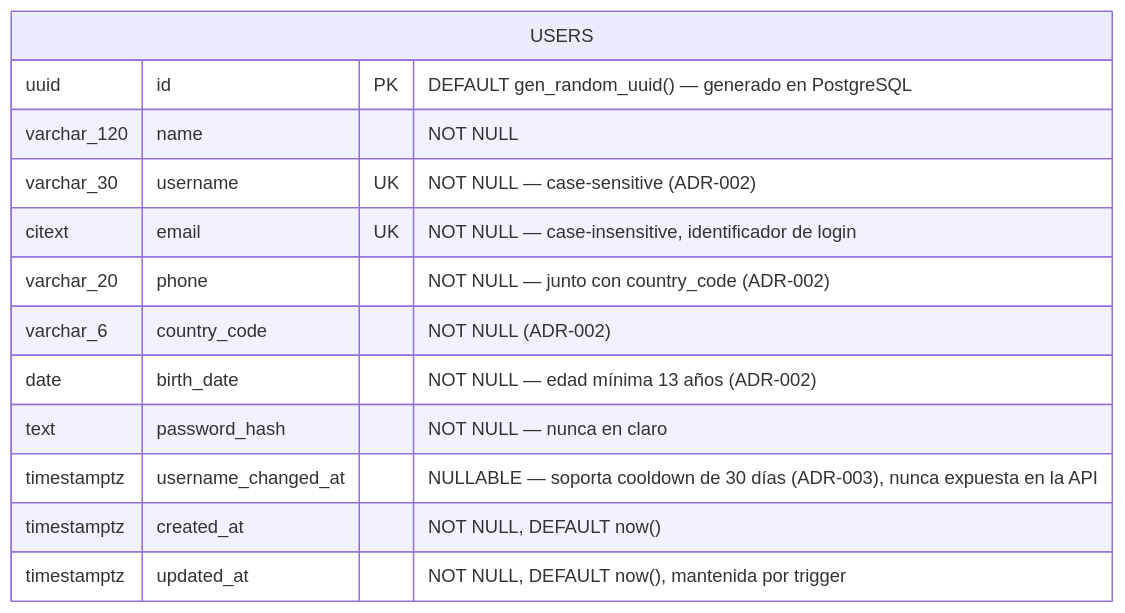
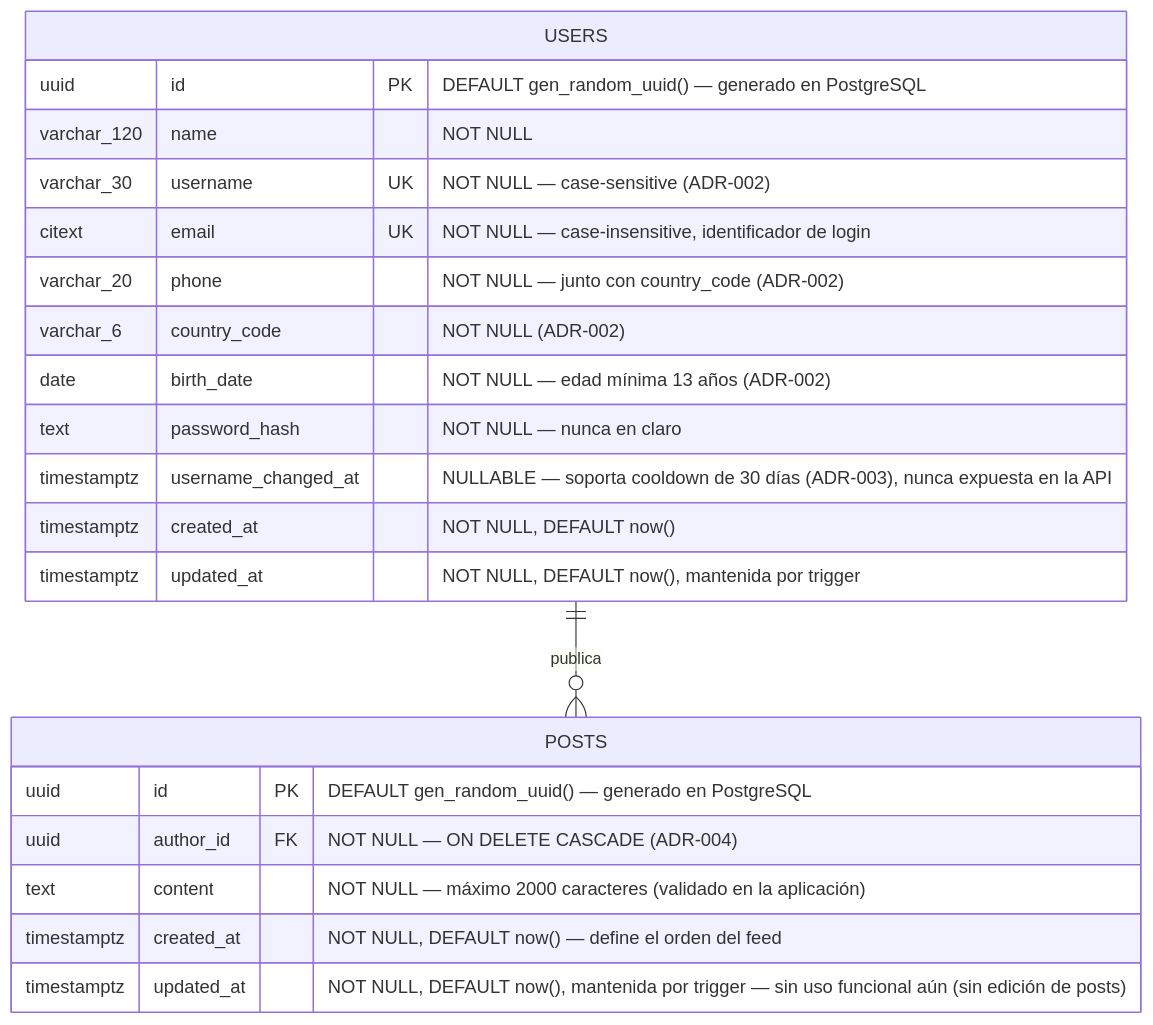
Before and after one commit to Fernandito41/THERS_REDSOCIAL: the diagram in docs/architecture/DATABASE_ERD.md, drawn with Mermaid. The commit also changed other lines of this file and 19 other files, not shown here.

````diff
--- a/docs/architecture/DATABASE_ERD.md
+++ b/docs/architecture/DATABASE_ERD.md
@@ -40,16 +42,26 @@
 ```mermaid
 erDiagram
     USERS {
         uuid id PK "DEFAULT gen_random_uuid() — generado en PostgreSQL"
         varchar_120 name "NOT NULL"
         varchar_30 username UK "NOT NULL — case-sensitive (ADR-002)"
         citext email UK "NOT NULL — case-insensitive, identificador de login"
         varchar_20 phone "NOT NULL — junto con country_code (ADR-002)"
         varchar_6 country_code "NOT NULL (ADR-002)"
         date birth_date "NOT NULL — edad mínima 13 años (ADR-002)"
         text password_hash "NOT NULL — nunca en claro"
         timestamptz username_changed_at "NULLABLE — soporta cooldown de 30 días (ADR-003), nunca expuesta en la API"
         timestamptz created_at "NOT NULL, DEFAULT now()"
         timestamptz updated_at "NOT NULL, DEFAULT now(), mantenida por trigger"
     }
+
+    POSTS {
+        uuid id PK "DEFAULT gen_random_uuid() — generado en PostgreSQL"
+        uuid author_id FK "NOT NULL — ON DELETE CASCADE (ADR-004)"
+        text content "NOT NULL — máximo 2000 caracteres (validado en la aplicación)"
+        timestamptz created_at "NOT NULL, DEFAULT now() — define el orden del feed"
+        timestamptz updated_at "NOT NULL, DEFAULT now(), mantenida por trigger — sin uso funcional aún (sin edición de posts)"
+    }
+
+    USERS ||--o{ POSTS : "publica"
 ```
````
